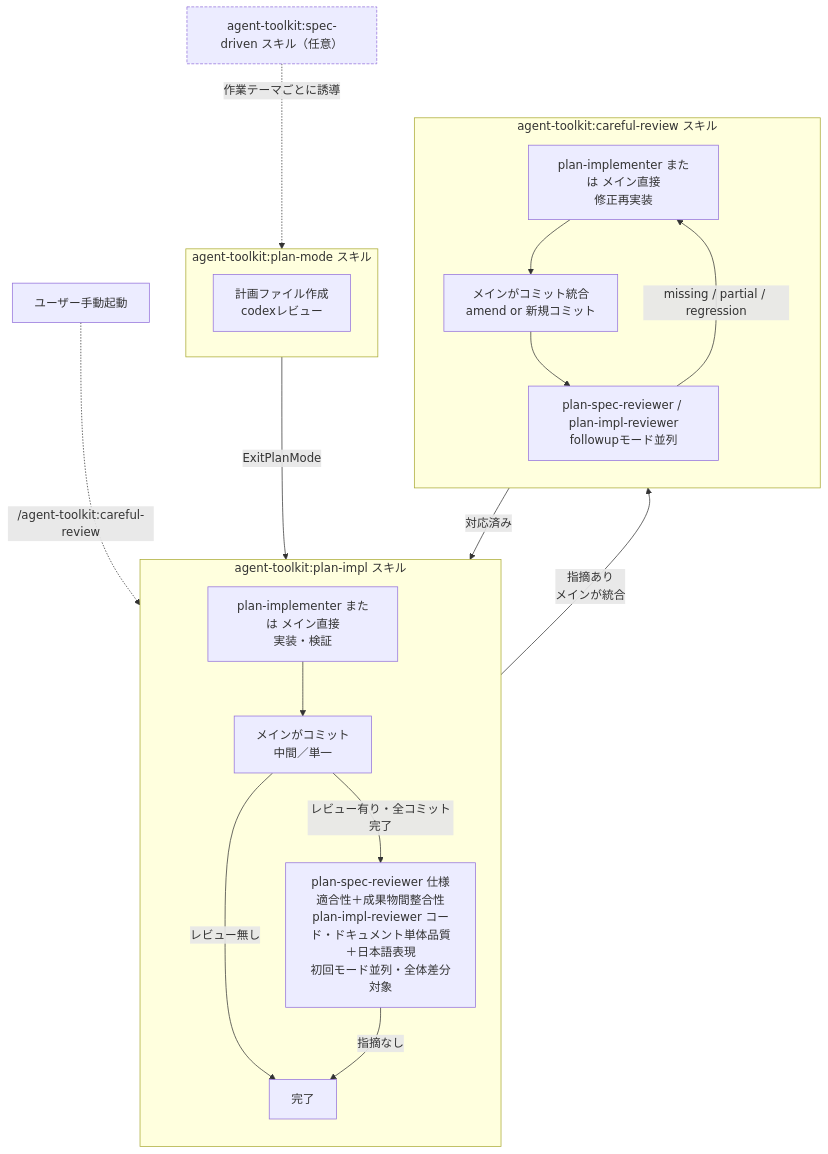
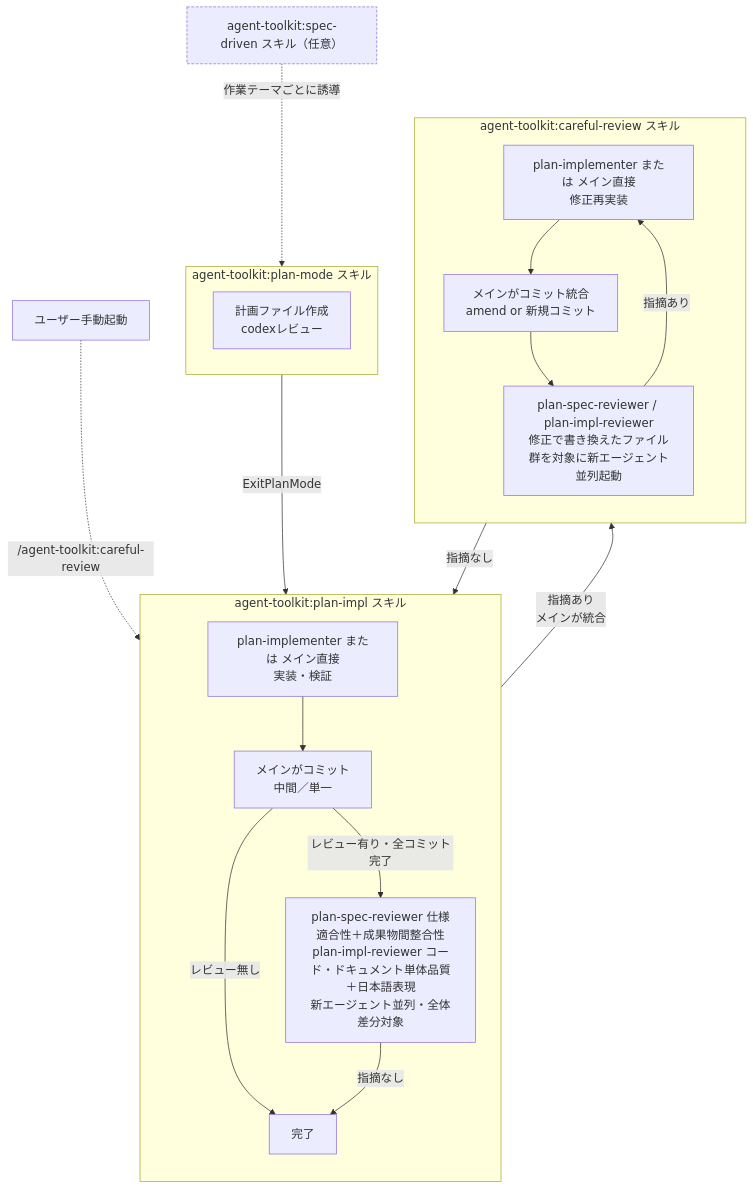
Before and after one commit to ak110/dotfiles: the diagram in .claude/skills/agent-toolkit-edit/SKILL.md, drawn with Mermaid. The commit also changed 7 other files, not shown here.

````diff
--- a/.claude/skills/agent-toolkit-edit/SKILL.md
+++ b/.claude/skills/agent-toolkit-edit/SKILL.md
@@ -67,28 +67,28 @@
 ```mermaid
 flowchart TB
     SD["agent-toolkit:spec-driven スキル（任意）"]:::sd
     subgraph PM["agent-toolkit:plan-mode スキル"]
       P[計画ファイル作成<br/>codexレビュー]
     end
     subgraph PI["agent-toolkit:plan-impl スキル"]
       direction TB
       T[plan-implementer または メイン直接<br/>実装・検証] --> CM[メインがコミット<br/>中間／単一]
       CM -->|レビュー無し| END[完了]
       CM -->|レビュー有り・全コミット完了| CR
     end
     subgraph CRS["agent-toolkit:careful-review スキル"]
       direction TB
-      CR[plan-spec-reviewer 仕様適合性＋成果物間整合性<br/>plan-impl-reviewer コード・ドキュメント単体品質＋日本語表現<br/>初回モード並列・全体差分対象]
+      CR[plan-spec-reviewer 仕様適合性＋成果物間整合性<br/>plan-impl-reviewer コード・ドキュメント単体品質＋日本語表現<br/>新エージェント並列・全体差分対象]
       CR -->|指摘あり<br/>メインが統合| T2[plan-implementer または メイン直接<br/>修正再実装]
       T2 --> CFix[メインがコミット統合<br/>amend or 新規コミット]
-      CFix --> R2[plan-spec-reviewer / plan-impl-reviewer<br/>followupモード並列]
-      R2 -->|missing / partial / regression| T2
+      CFix --> R2[plan-spec-reviewer / plan-impl-reviewer<br/>修正で書き換えたファイル群を対象に新エージェント並列起動]
+      R2 -->|指摘あり| T2
       CR -->|指摘なし| END
-      R2 -->|対応済み| END
+      R2 -->|指摘なし| END
     end
     SD -.->|作業テーマごとに誘導| PM
     PM -->|ExitPlanMode| PI
     User[ユーザー手動起動] -.->|/agent-toolkit:careful-review| CR
 
     classDef sd stroke-dasharray: 4 2
 ```
````
